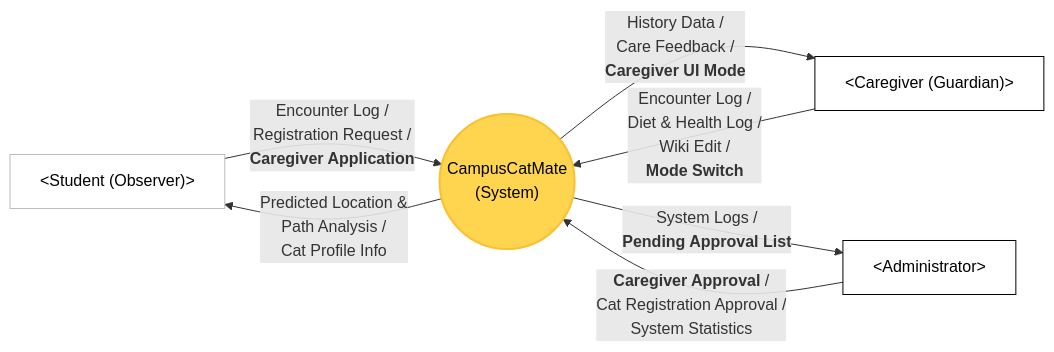
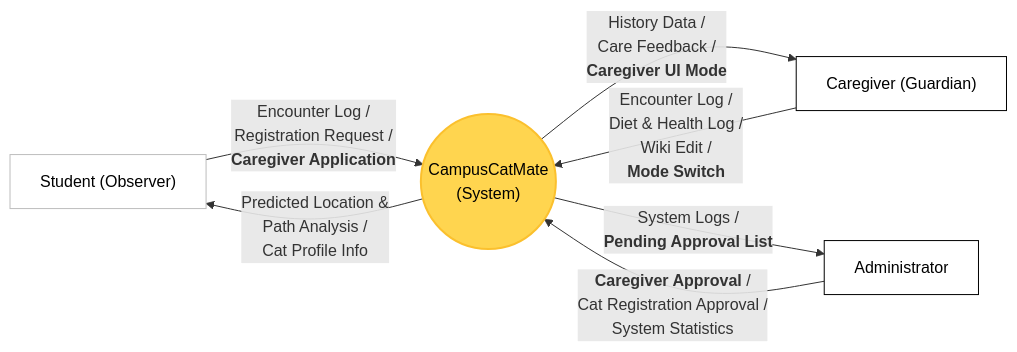
One commit to Pdar124/YU_CCM changed the diagram in CAMPUS_CAT_MATE/Conceptualization_[22411841_박다래].md. Above: the diagram before and after it, drawn with Mermaid. The commit also changed other lines of this file and 1 other file, not shown here.

````diff
--- a/CAMPUS_CAT_MATE/Conceptualization_[22411841_박다래].md
+++ b/CAMPUS_CAT_MATE/Conceptualization_[22411841_박다래].md
@@ -59,25 +59,25 @@
 ```mermaid
 
 graph LR
     %% Actor Definitions
-    Student["<<Student (Observer)>Student (Observer)">]
-    Caregiver["<<Caregiver (Guardian)>Caregiver (Guardian)">]
-    Admin["<<Administrator>Administrator">]
+    Student["Student (Observer)"]
+    Caregiver["Caregiver (Guardian)"]
+    Admin["Administrator"]
     System(("CampusCatMate<br/>(System)"))
 
     %% Data Inflow (Actors to System)
     Student -- "Encounter Log /<br/>Registration Request /<br/><b>Caregiver Application</b>" --> System
     Caregiver -- "Encounter Log /<br/>Diet & Health Log /<br/>Wiki Edit /<br/><b>Mode Switch</b>" --> System
     Admin -- "<b>Caregiver Approval</b> /<br/>Cat Registration Approval /<br/>System Statistics" --> System
 
     %% Data Outflow (System to Actors)
     System -- "Predicted Location &<br/>Path Analysis /<br/>Cat Profile Info" --> Student
     System -- "History Data /<br/>Care Feedback /<br/><b>Caregiver UI Mode</b>" --> Caregiver
     System -- "System Logs /<br/><b>Pending Approval List</b>" --> Admin
 
     %% Styling
     style System fill:#FFD54F,stroke:#FBC02D,stroke-width:2px,color:#000
     style Student fill:#fff,stroke:#bdbdbd,stroke-width:1px,color:#000
     style Caregiver fill:#fff,stroke:#000,stroke-width:1px,color:#000
     style Admin fill:#fff,stroke:#000,stroke-width:1px,color:#000
 ```
````
